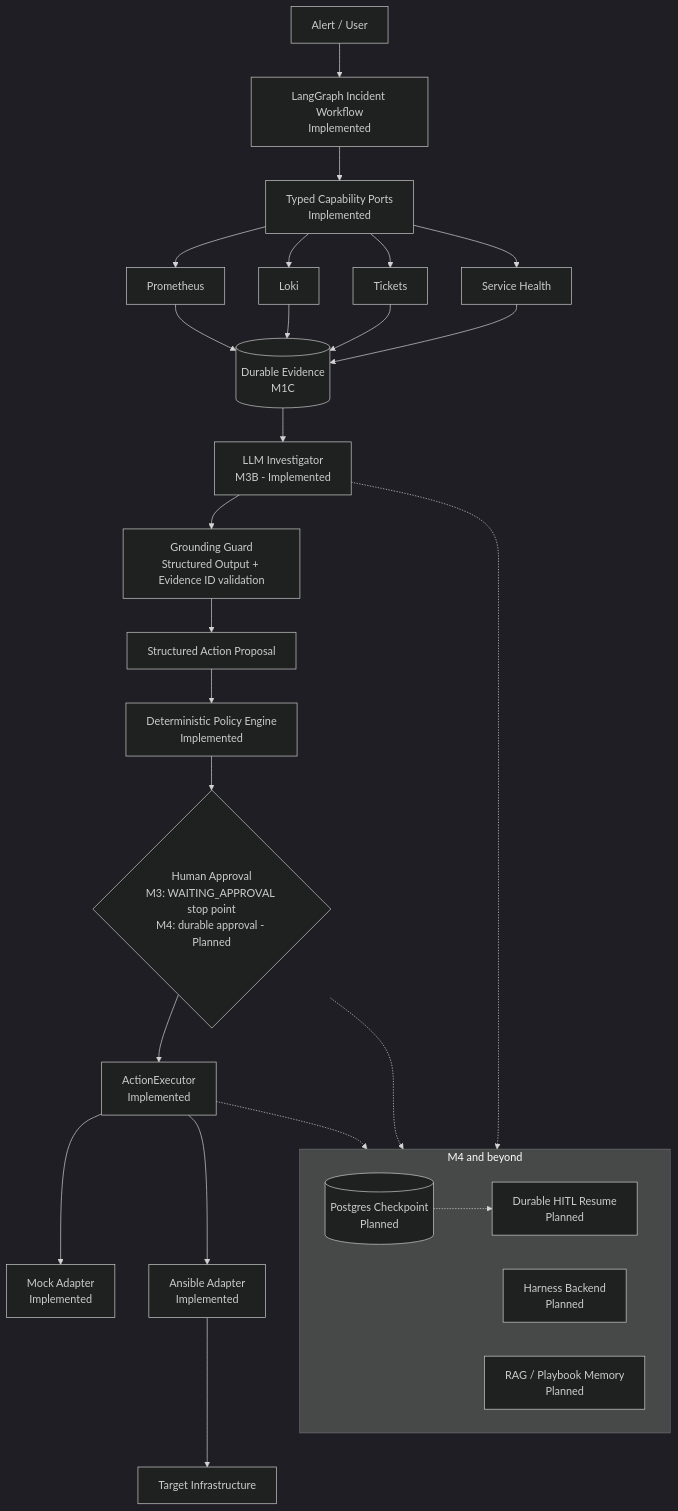
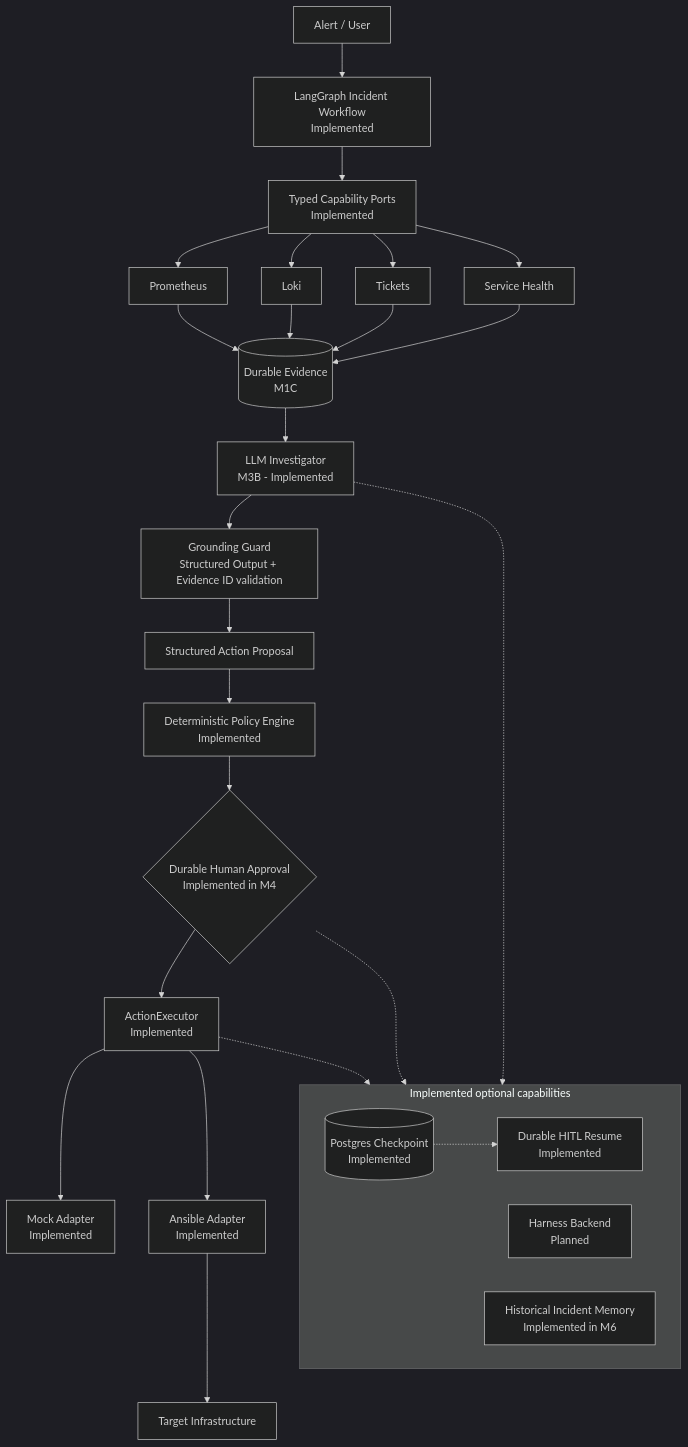
The second of 2 diagrams in README.md (soren-max/OpsPilot), drawn with Mermaid (dark theme) before and after one commit. The commit also changed other lines of this file and 12 other files, not shown here.

````diff
--- a/README.md
+++ b/README.md
@@ -67,33 +72,33 @@
 ```mermaid
 flowchart TD
   Alert[Alert / User] --> Workflow[LangGraph Incident Workflow<br/>Implemented]
   Workflow --> Caps[Typed Capability Ports<br/>Implemented]
   Caps --> Prom[Prometheus]
   Caps --> Loki[Loki]
   Caps --> Tick[Tickets]
   Caps --> Health[Service Health]
   Prom --> Evidence[(Durable Evidence<br/>M1C)]
   Loki --> Evidence
   Tick --> Evidence
   Health --> Evidence
   Evidence --> Investigator[LLM Investigator<br/>M3B - Implemented]
   Investigator --> Guard[Grounding Guard<br/>Structured Output + Evidence ID validation]
   Guard --> Action[Structured Action Proposal]
   Action --> Policy[Deterministic Policy Engine<br/>Implemented]
-  Policy --> Approval{Human Approval<br/>M3: WAITING_APPROVAL stop point<br/>M4: durable approval - Planned}
+  Policy --> Approval{Durable Human Approval<br/>Implemented in M4}
   Approval --> Executor[ActionExecutor<br/>Implemented]
   Executor --> Mock[Mock Adapter<br/>Implemented]
   Executor --> Ansible[Ansible Adapter<br/>Implemented]
   Ansible --> Infra[Target Infrastructure]
-  subgraph Planned[M4 and beyond]
+  subgraph Advanced[Implemented optional capabilities]
     direction LR
-    Postgres[(Postgres Checkpoint<br/>Planned)]
-    HITL[Durable HITL Resume<br/>Planned]
+    Postgres[(Postgres Checkpoint<br/>Implemented)]
+    HITL[Durable HITL Resume<br/>Implemented]
     Harness[Harness Backend<br/>Planned]
-    RAG[RAG / Playbook Memory<br/>Planned]
+    RAG[Historical Incident Memory<br/>Implemented in M6]
   end
   Approval -.-> Postgres
   Postgres -.-> HITL
   Executor -.-> Harness
   Investigator -.-> RAG
 ```
````
